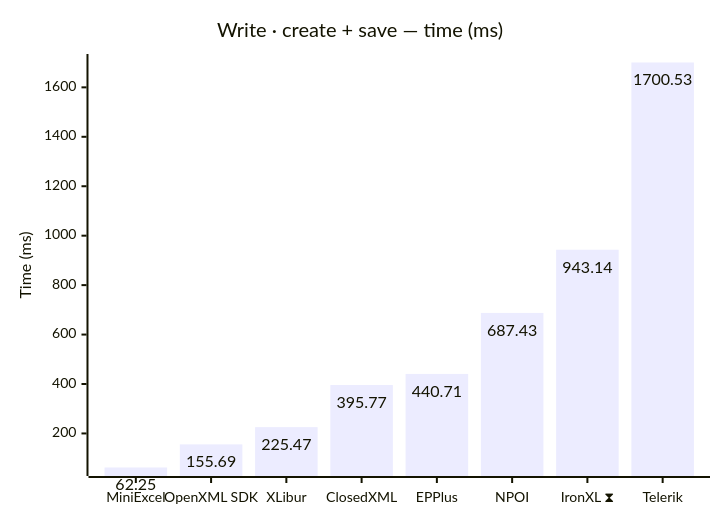
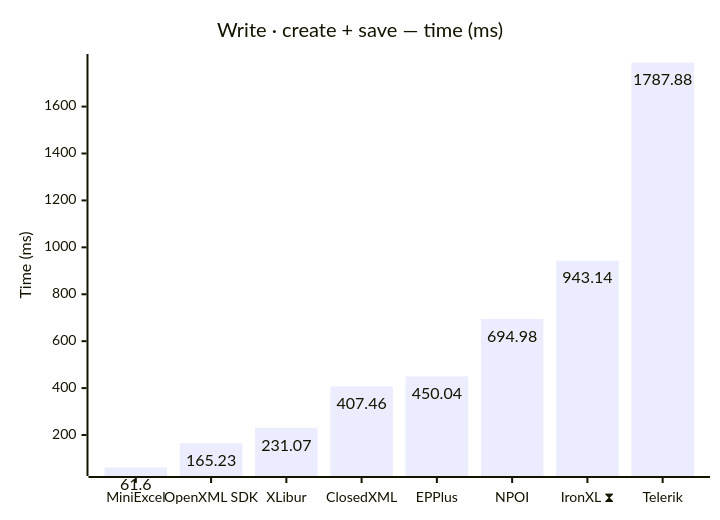
One commit to jafin/XLBench changed the fifth of 12 diagrams in docs/results.md. Above: the diagram before and after it, drawn with Mermaid. The commit also changed other lines of this file and 4 other files, not shown here.

````diff
--- a/docs/results.md
+++ b/docs/results.md
@@ -92,12 +92,12 @@
 ```mermaid
 ---
 config:
   xyChart:
     showDataLabel: true
 ---
 xychart-beta
     title "Write · create + save — time (ms)"
     x-axis ["MiniExcel", "OpenXML SDK", "XLibur", "ClosedXML", "EPPlus", "NPOI", "IronXL ⧗", "Telerik"]
     y-axis "Time (ms)"
-    bar [62.25, 155.69, 225.47, 395.77, 440.71, 687.43, 943.14, 1700.53]
+    bar [61.6, 165.23, 231.07, 407.46, 450.04, 694.98, 943.14, 1787.88]
 ```
````
